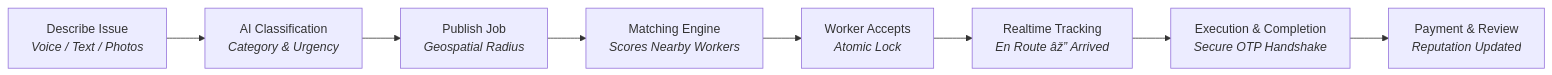
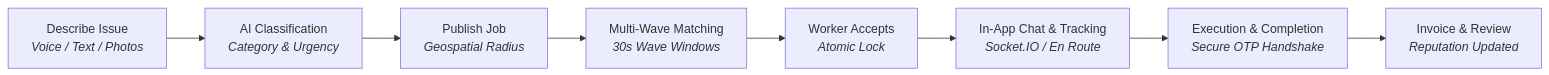
Before and after one commit to shreeharsh-patil/KaamSetu: the second of 5 diagrams in README.md, drawn with Mermaid. The commit also changed other lines of this file, not shown here.

Commit message:
docs: overhaul README with clean UTF-8, anti-stall architecture, and portal showcase

````diff
--- a/README.md
+++ b/README.md
@@ -120,10 +133,10 @@
 ```mermaid
 flowchart LR
     A[Describe Issue<br><i>Voice / Text / Photos</i>] --> B[AI Classification<br><i>Category & Urgency</i>]
     B --> C[Publish Job<br><i>Geospatial Radius</i>]
-    C --> D[Matching Engine<br><i>Scores Nearby Workers</i>]
+    C --> D[Multi-Wave Matching<br><i>30s Wave Windows</i>]
     D --> E[Worker Accepts<br><i>Atomic Lock</i>]
-    E --> F[Realtime Tracking<br><i>En Route âž” Arrived</i>]
+    E --> F[In-App Chat & Tracking<br><i>Socket.IO / En Route</i>]
     F --> G[Execution & Completion<br><i>Secure OTP Handshake</i>]
-    G --> H[Payment & Review<br><i>Reputation Updated</i>]
+    G --> H[Invoice & Review<br><i>Reputation Updated</i>]
 ```
````
